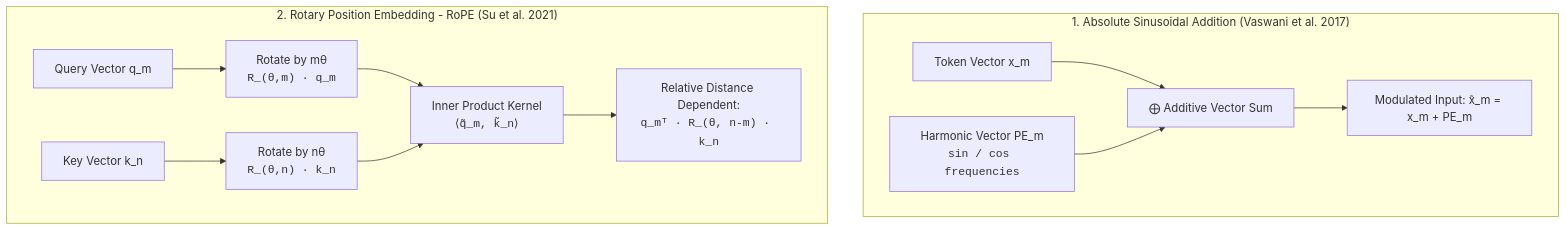
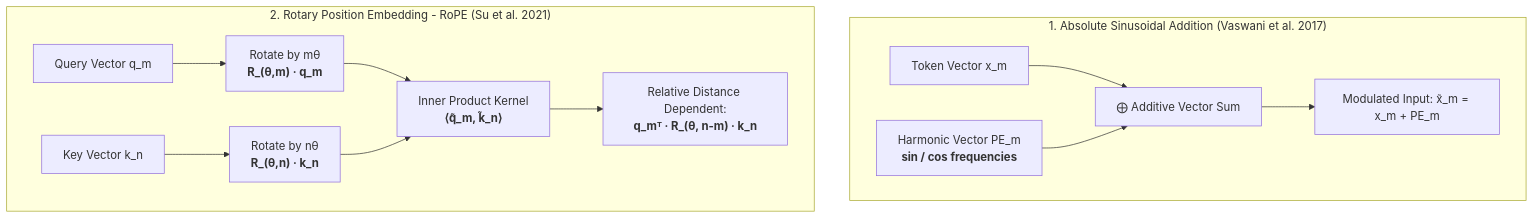
The first of 3 diagrams in content/foundations/positional_encoding.md (shotsan/llmnerd), drawn with Mermaid before and after one commit. The commit also changed other lines of this file and 7 other files, not shown here.

Commit message:
style(mermaid): upgrade diagram aesthetics with modern card wrapper, themeVariables, and refined typography

````diff
--- a/content/foundations/positional_encoding.md
+++ b/content/foundations/positional_encoding.md
@@ -29,16 +29,16 @@
 ```mermaid
 flowchart TD
     subgraph Absolute["1. Absolute Sinusoidal Addition (Vaswani et al. 2017)"]
         X["Token Vector x_m"] --> Add["⨁ Additive Vector Sum"]
-        PE["Harmonic Vector PE_m<br><code>sin / cos frequencies</code>"] --> Add
+        PE["Harmonic Vector PE_m<br/><b>sin / cos frequencies</b>"] --> Add
         Add --> Out1["Modulated Input: x̃_m = x_m + PE_m"]
     end
 
     subgraph Rotary["2. Rotary Position Embedding - RoPE (Su et al. 2021)"]
-        Q["Query Vector q_m"] --> RotQ["Rotate by mθ<br><code>R_(θ,m) · q_m</code>"]
-        K["Key Vector k_n"] --> RotK["Rotate by nθ<br><code>R_(θ,n) · k_n</code>"]
-        RotQ --> Dot["Inner Product Kernel<br><code>⟨q̃_m, k̃_n⟩</code>"]
+        Q["Query Vector q_m"] --> RotQ["Rotate by mθ<br/><b>R_(θ,m) · q_m</b>"]
+        K["Key Vector k_n"] --> RotK["Rotate by nθ<br/><b>R_(θ,n) · k_n</b>"]
+        RotQ --> Dot["Inner Product Kernel<br/><b>⟨q̃_m, k̃_n⟩</b>"]
         RotK --> Dot
-        Dot --> Out2["Relative Distance Dependent:<br><code>q_mᵀ · R_(θ, n-m) · k_n</code>"]
+        Dot --> Out2["Relative Distance Dependent:<br/><b>q_mᵀ · R_(θ, n-m) · k_n</b>"]
     end
 ```
````
